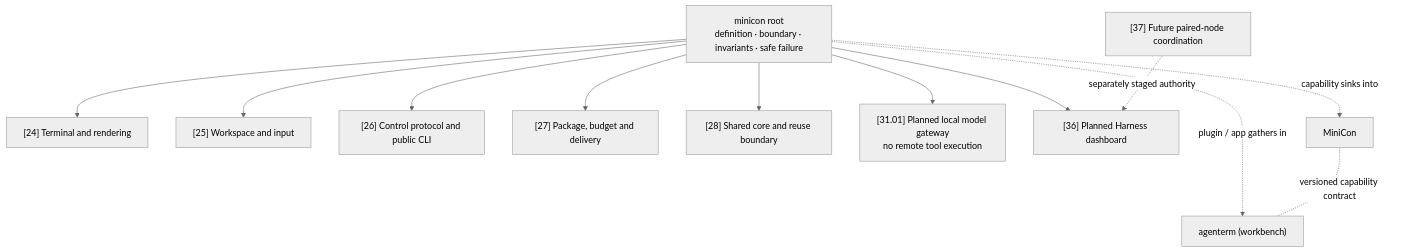
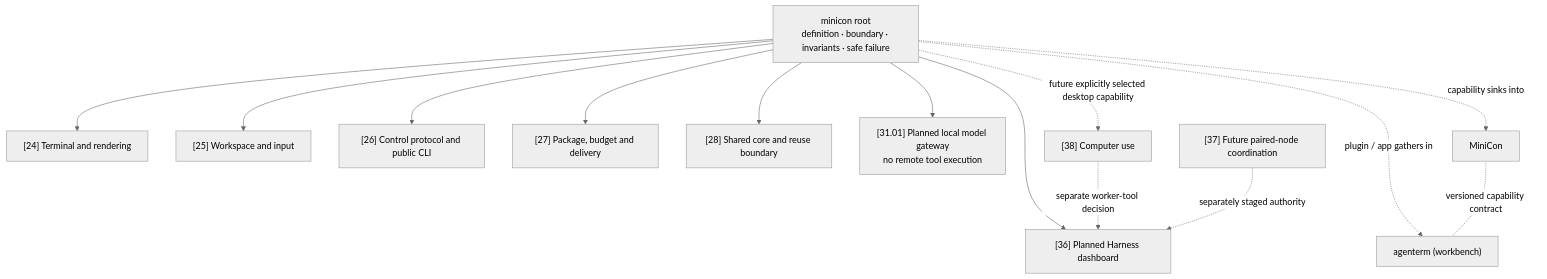
One commit to partnernetsoftware/minicon changed the diagram in prd/PRD_02_23_minicon.md. Above: the diagram before and after it, drawn with Mermaid (neutral theme). The commit also changed other lines of this file and 27 other files, not shown here.

````diff
--- a/prd/PRD_02_23_minicon.md
+++ b/prd/PRD_02_23_minicon.md
@@ -48,15 +50,17 @@
 ```mermaid
 flowchart TB
     ROOT["minicon root<br/>definition · boundary · invariants · safe failure"]
     ROOT --> T["[24] Terminal and rendering"]
     ROOT --> W["[25] Workspace and input"]
     ROOT --> C["[26] Control protocol and public CLI"]
     ROOT --> D["[27] Package, budget and delivery"]
     ROOT --> S["[28] Shared core and reuse boundary"]
     ROOT --> G["[31.01] Planned local model gateway<br/>no remote tool execution"]
     ROOT --> H["[36] Planned Harness dashboard"]
+    ROOT -. future explicitly selected desktop capability .-> CU["[38] Computer use"]
+    CU -. separate worker-tool decision .-> H
     FUT["[37] Future paired-node coordination"] -. separately staged authority .-> H
     ROOT -. "capability sinks into" .-> MC["MiniCon"]
     ROOT -. "plugin / app gathers in" .-> AG["agenterm (workbench)"]
     MC -. "versioned capability contract" .- AG
 ```
````
